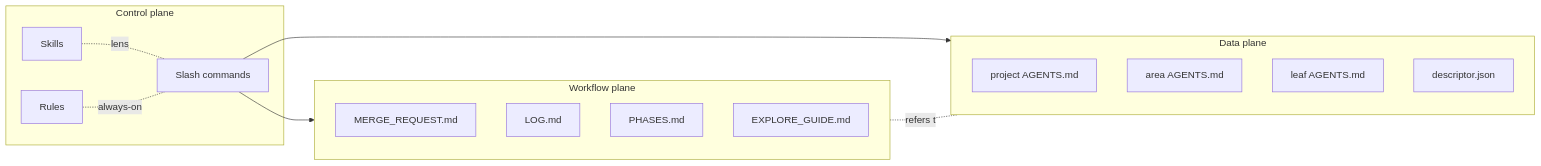
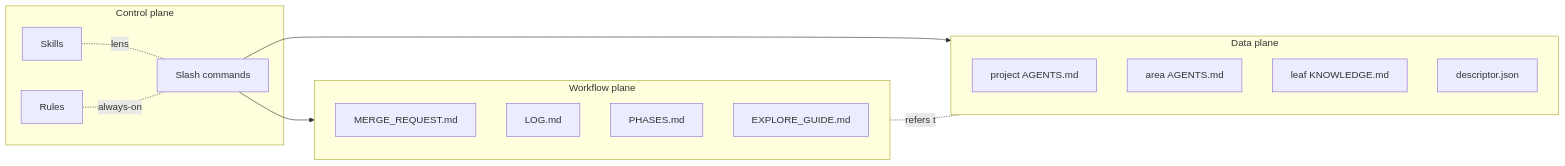
Before and after one commit to palaeologic/opencode-conductor: the first of 2 diagrams in docusaurus/intro.md, drawn with Mermaid. The commit also changed other lines of this file and 373 other files, not shown here.

````diff
--- a/docusaurus/intro.md
+++ b/docusaurus/intro.md
@@ -25,28 +25,28 @@
 ```mermaid
 flowchart LR
   subgraph Control[Control plane]
     Cmd[Slash commands]
     Skl[Skills]
     Rul[Rules]
   end
 
   subgraph Workflow[Workflow plane]
     Mr[MERGE_REQUEST.md]
     Log[LOG.md]
     Ph[PHASES.md]
     Eg[EXPLORE_GUIDE.md]
   end
 
   subgraph Data[Data plane]
     ProjAgents[project AGENTS.md]
     AreaAgents[area AGENTS.md]
-    LeafAgents[leaf AGENTS.md]
+    LeafKnowledge[leaf KNOWLEDGE.md]
     Desc[descriptor.json]
   end
 
   Cmd --> Workflow
   Cmd --> Data
   Skl -.lens.- Cmd
   Rul -.always-on.- Cmd
   Workflow -.refers to.- Data
 ```
````
